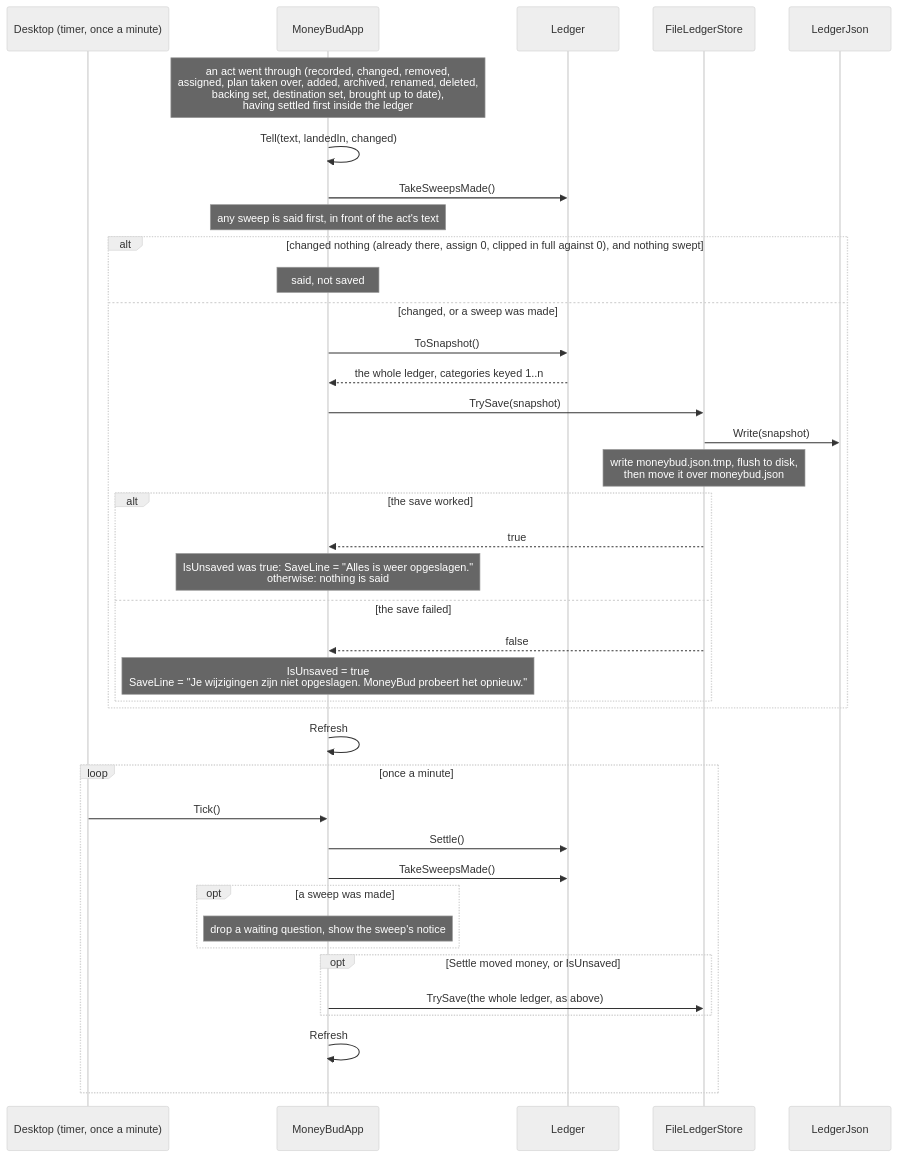
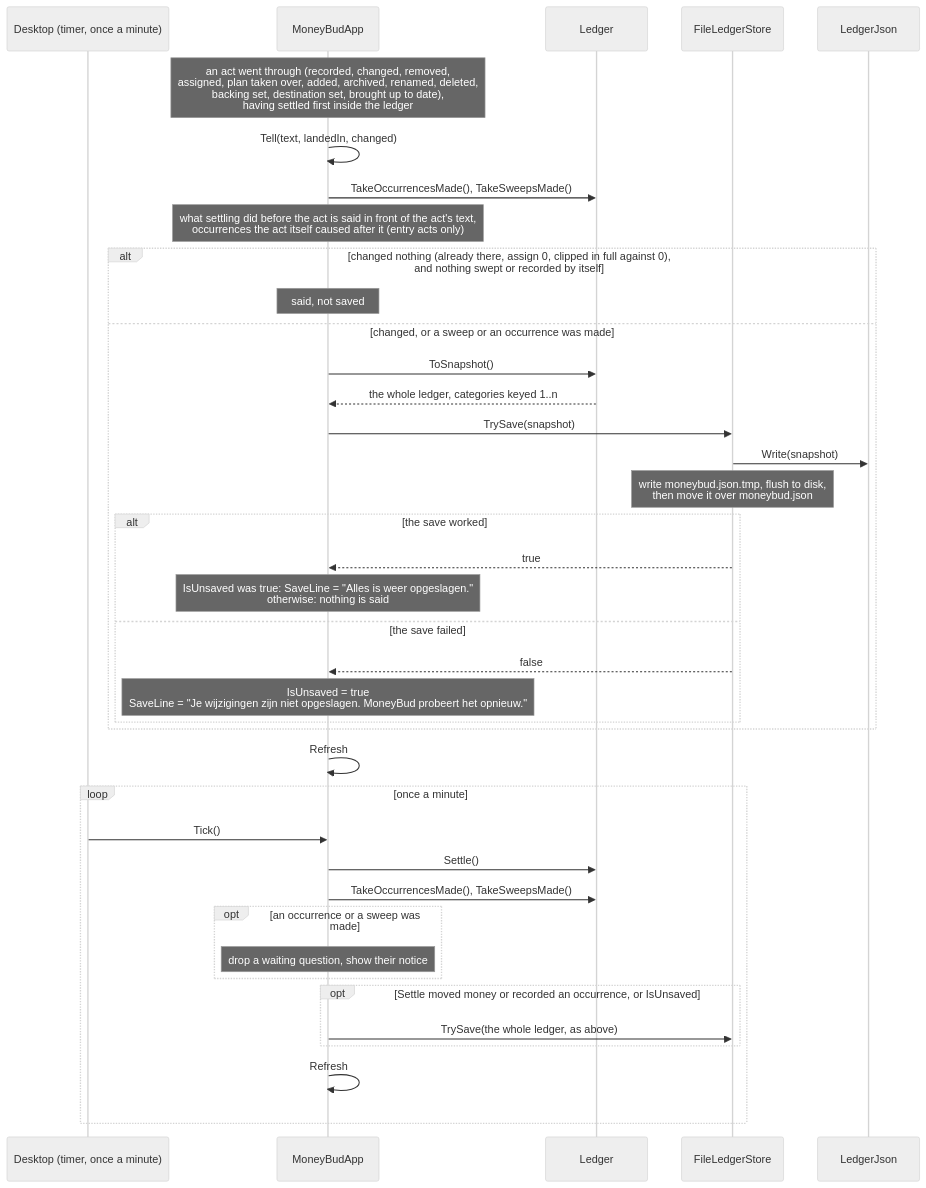
One commit to Axelkonijn/MoneyBud changed the third of 3 diagrams in docs/arc42/06-runtime-view.md. Above: the diagram before and after it, drawn with Mermaid (neutral theme). The commit also changed other lines of this file and 37 other files, not shown here.

````diff
--- a/docs/arc42/06-runtime-view.md
+++ b/docs/arc42/06-runtime-view.md
@@ -367,43 +444,43 @@
 ```mermaid
 sequenceDiagram
     participant Timer as Desktop (timer, once a minute)
     participant App as MoneyBudApp
     participant Ledger
     participant Store as FileLedgerStore
     participant Json as LedgerJson
 
     Note over App: an act went through (recorded, changed, removed,<br/>assigned, plan taken over, added, archived, renamed, deleted,<br/>backing set, destination set, brought up to date),<br/>having settled first inside the ledger
     App->>App: Tell(text, landedIn, changed)
-    App->>Ledger: TakeSweepsMade()
-    Note over App: any sweep is said first, in front of the act's text
-    alt changed nothing (already there, assign 0, clipped in full against 0), and nothing swept
+    App->>Ledger: TakeOccurrencesMade(), TakeSweepsMade()
+    Note over App: what settling did before the act is said in front of the act's text,<br/>occurrences the act itself caused after it (entry acts only)
+    alt changed nothing (already there, assign 0, clipped in full against 0),<br/>and nothing swept or recorded by itself
         Note over App: said, not saved
-    else changed, or a sweep was made
+    else changed, or a sweep or an occurrence was made
         App->>Ledger: ToSnapshot()
         Ledger-->>App: the whole ledger, categories keyed 1..n
         App->>Store: TrySave(snapshot)
         Store->>Json: Write(snapshot)
         Note over Store: write moneybud.json.tmp, flush to disk,<br/>then move it over moneybud.json
         alt the save worked
             Store-->>App: true
             Note over App: IsUnsaved was true: SaveLine = "Alles is weer opgeslagen."<br/>otherwise: nothing is said
         else the save failed
             Store-->>App: false
             Note over App: IsUnsaved = true<br/>SaveLine = "Je wijzigingen zijn niet opgeslagen. MoneyBud probeert het opnieuw."
         end
     end
     App->>App: Refresh
 
     loop once a minute
         Timer->>App: Tick()
         App->>Ledger: Settle()
-        App->>Ledger: TakeSweepsMade()
-        opt a sweep was made
-            Note over App: drop a waiting question, show the sweep's notice
+        App->>Ledger: TakeOccurrencesMade(), TakeSweepsMade()
+        opt an occurrence or a sweep was made
+            Note over App: drop a waiting question, show their notice
         end
-        opt Settle moved money, or IsUnsaved
+        opt Settle moved money or recorded an occurrence, or IsUnsaved
             App->>Store: TrySave(the whole ledger, as above)
         end
         App->>App: Refresh
     end
 ```
````
